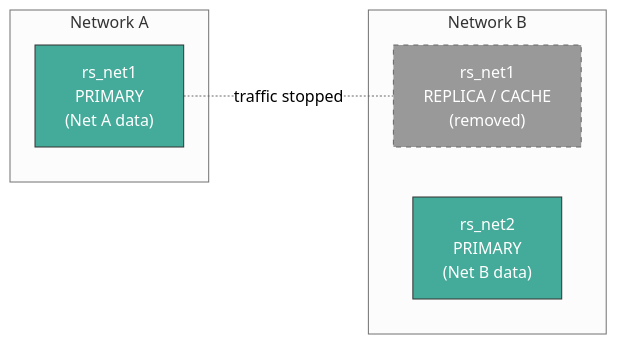
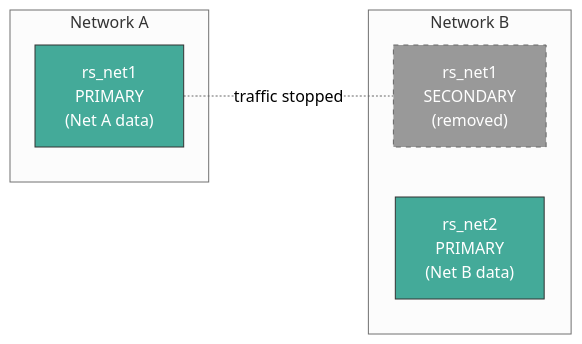
The fifth of 7 diagrams in docs/operation/system_mechanisms.md (poioe20p/efficient-storage-in-edge-scenarios), drawn with Mermaid (neutral theme) before and after one commit. The commit also changed other lines of this file and 47 other files, not shown here.

````diff
--- a/docs/operation/system_mechanisms.md
+++ b/docs/operation/system_mechanisms.md
@@ -227,16 +306,16 @@
 ```mermaid
 graph LR
     subgraph Network A
         RS1_P4["rs_net1<br/>PRIMARY<br/>(Net A data)"]
     end
     subgraph Network B
-        RS1_S4["rs_net1<br/>REPLICA / CACHE<br/>(removed)"]
+        RS1_S4["rs_net1<br/>SECONDARY<br/>(removed)"]
         RS2_P4["rs_net2<br/>PRIMARY<br/>(Net B data)"]
     end
 
     RS1_P4 -.-|"traffic stopped"| RS1_S4
 
     style RS1_P4 fill:#4a9,stroke:#333,color:#fff
     style RS1_S4 fill:#999,stroke:#666,color:#fff,stroke-dasharray: 5 5
     style RS2_P4 fill:#4a9,stroke:#333,color:#fff
 ```
````
